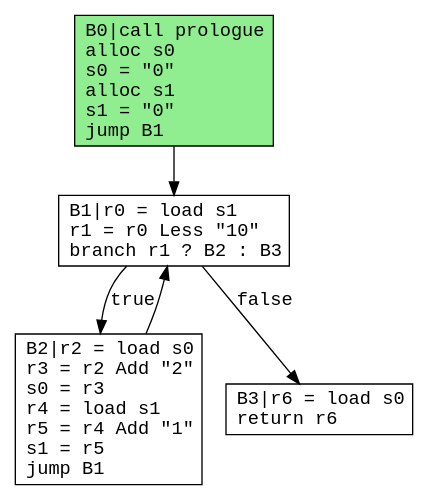
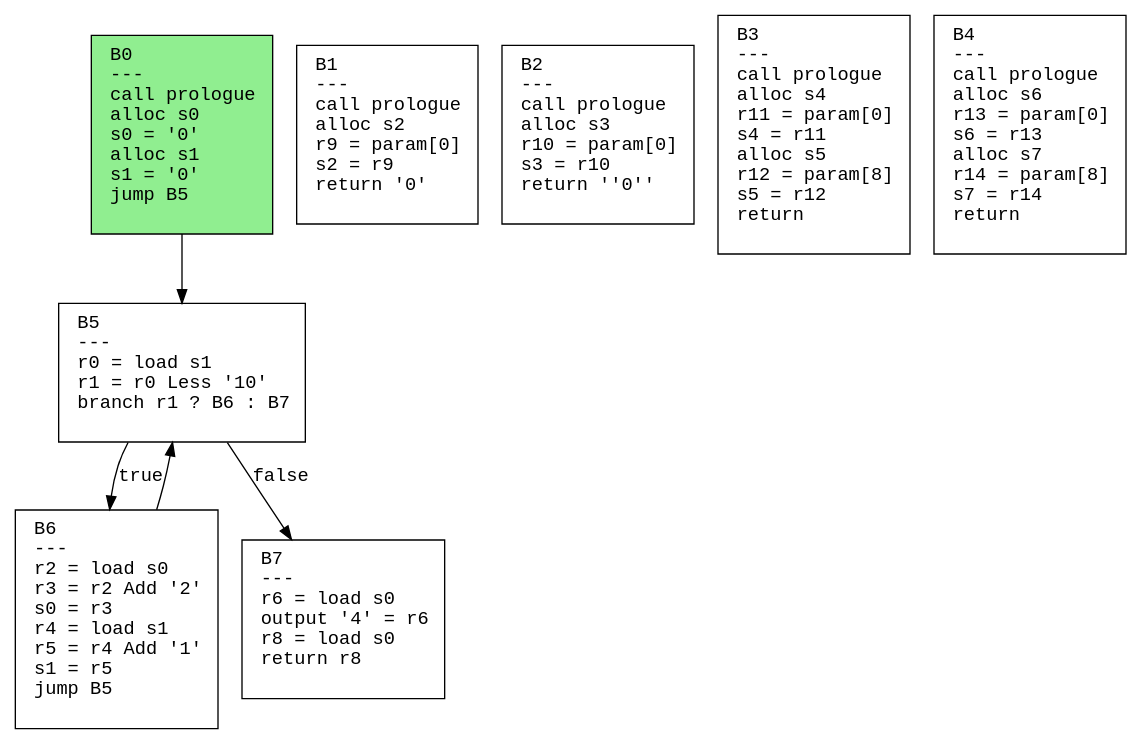
One commit to safarislava/ProcTranslator changed the diagram in output/for.dot. Above: the diagram before and after it, drawn with Graphviz. The commit also changed 38 other files, not shown here.

Commit message:
Fix control flow graph

```diff
--- a/output/for.dot
+++ b/output/for.dot
@@ -1,15 +1,19 @@
 digraph CFG {
   rankdir=TB;
-  node [shape=box, fontname="Courier"];
+  node [shape=box, fontname="Courier", style=filled, fillcolor=white, margin="0.2,0.1"];
   edge [fontname="Courier"];
 
-  B0 [label="B0|call prologue\lalloc s0\ls0 = \"0\"\lalloc s1\ls1 = \"0\"\ljump B1\l"];
-  B1 [label="B1|r0 = load s1\lr1 = r0 Less \"10\"\lbranch r1 ? B2 : B3\l"];
-  B2 [label="B2|r2 = load s0\lr3 = r2 Add \"2\"\ls0 = r3\lr4 = load s1\lr5 = r4 Add \"1\"\ls1 = r5\ljump B1\l"];
-  B3 [label="B3|r6 = load s0\lreturn r6\l"];
-  B0 -> B1;
-  B1 -> B2 [label="true"];
-  B1 -> B3 [label="false"];
-  B2 -> B1;
-  B0 [style=filled, fillcolor=lightgreen];
+  "B0" [label="B0\l---\lcall prologue\lalloc s0\ls0 = '0'\lalloc s1\ls1 = '0'\ljump B5\l "];
+  "B1" [label="B1\l---\lcall prologue\lalloc s2\lr9 = param[0]\ls2 = r9\lreturn '0'\l "];
+  "B2" [label="B2\l---\lcall prologue\lalloc s3\lr10 = param[0]\ls3 = r10\lreturn ''0''\l "];
+  "B3" [label="B3\l---\lcall prologue\lalloc s4\lr11 = param[0]\ls4 = r11\lalloc s5\lr12 = param[8]\ls5 = r12\lreturn\l "];
+  "B4" [label="B4\l---\lcall prologue\lalloc s6\lr13 = param[0]\ls6 = r13\lalloc s7\lr14 = param[8]\ls7 = r14\lreturn\l "];
+  "B5" [label="B5\l---\lr0 = load s1\lr1 = r0 Less '10'\lbranch r1 ? B6 : B7\l "];
+  "B6" [label="B6\l---\lr2 = load s0\lr3 = r2 Add '2'\ls0 = r3\lr4 = load s1\lr5 = r4 Add '1'\ls1 = r5\ljump B5\l "];
+  "B7" [label="B7\l---\lr6 = load s0\loutput '4' = r6\lr8 = load s0\lreturn r8\l "];
+  "B0" -> "B5";
+  "B5" -> "B6" [label="true"];
+  "B5" -> "B7" [label="false"];
+  "B6" -> "B5";
+  "B0" [fillcolor=lightgreen];
 }
```
